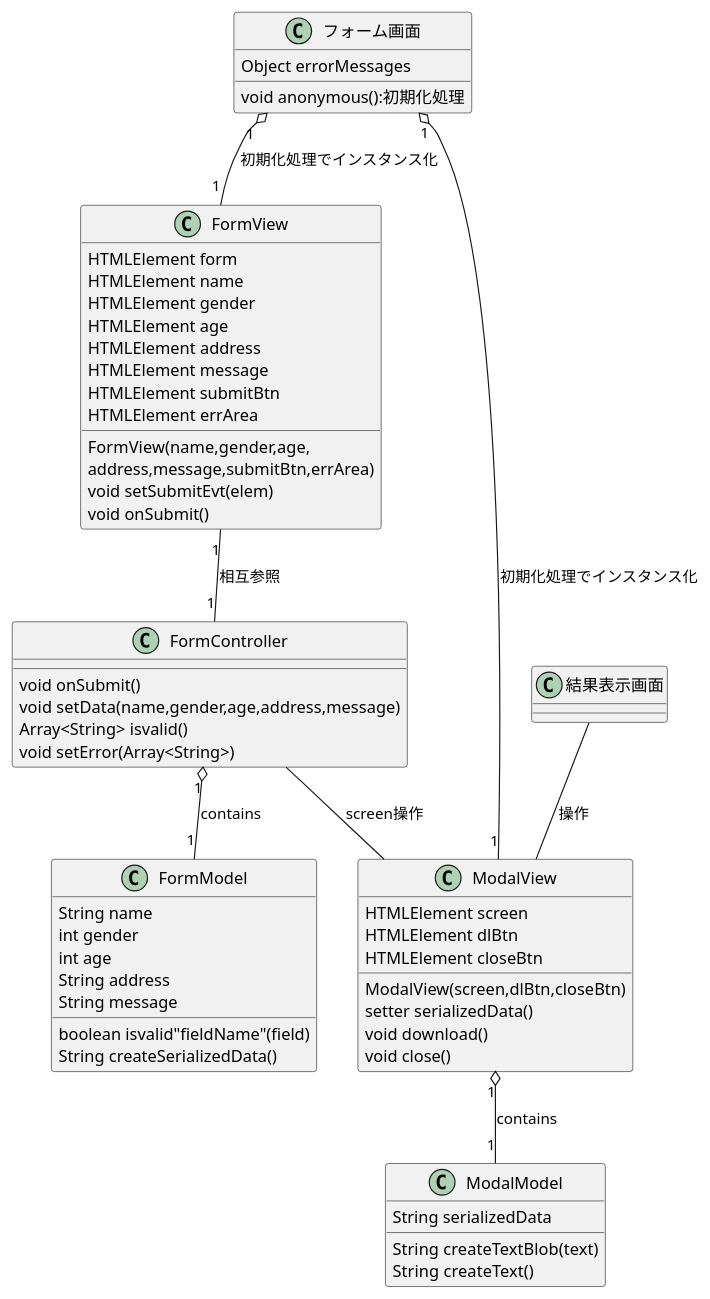
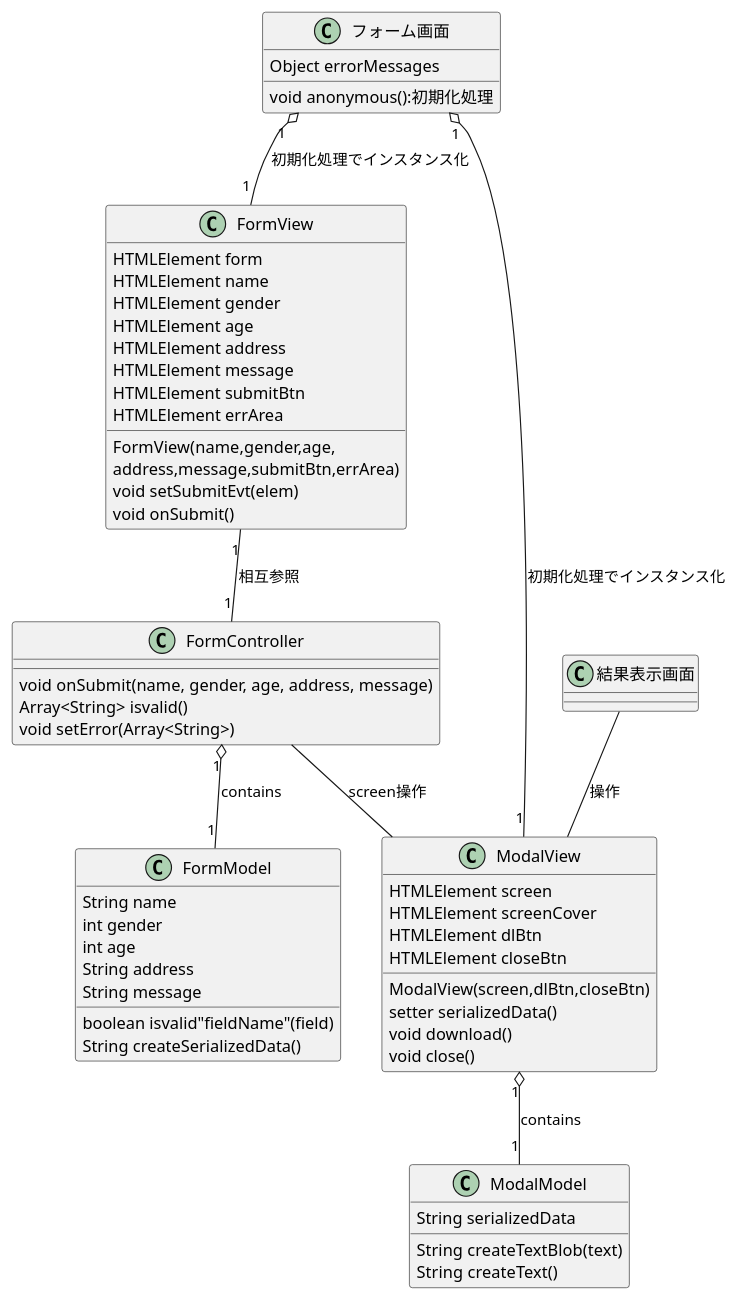
The diagram in docs/class/class.pu (dede-20191130/send-contact-form), drawn with PlantUML before and after one commit. The commit also changed 10 other files, not shown here.

```diff
--- a/docs/class/class.pu
+++ b/docs/class/class.pu
@@ -2,65 +2,66 @@
 @startuml class diagram
 class "フォーム画面" as fmSc{
     Object errorMessages
     void anonymous():初期化処理
 }
 class "FormView" as fv{
     HTMLElement form
     HTMLElement name
     HTMLElement gender
     HTMLElement age
     HTMLElement address
     HTMLElement message
     HTMLElement submitBtn
     HTMLElement errArea
     FormView(name,gender,age,\naddress,message,submitBtn,errArea)
     void setSubmitEvt(elem)
     void onSubmit()
 }
 class "FormController" as fc{
-    void onSubmit()
-    void setData(name,gender,age,address,message)
+
+    void onSubmit(name, gender, age, address, message)
     Array<String> isvalid()
     void setError(Array<String>)
 }
 class "FormModel" as fm{
     String name
     int gender
     int age
     String address
     String message
     boolean isvalid"fieldName"(field)
     String createSerializedData()
 }
 class "結果表示画面" as rsltSc{
 }
 class "ModalView" as mv{
     HTMLElement screen
+    HTMLElement screenCover
     HTMLElement dlBtn
     HTMLElement closeBtn
     ModalView(screen,dlBtn,closeBtn)
     setter serializedData()
     void download()
     void close()
 }
 class "ModalModel" as mm{
     String serializedData
     String createTextBlob(text)
     String createText()
 }
 
 fmSc "1" o-- "1" fv  : 初期化処理でインスタンス化
 fv "1" -- "1" fc  : 相互参照
 fc "1" o-- "1" fm  : contains
 
 ' fmSc  -  rsltSc : モーダル画面表示
 rsltSc  -- mv   : 操作
 fmSc "1" o-- "1" mv  : 初期化処理でインスタンス化
 fc  -- mv   : screen操作
 mv  "1" o-- "1" mm : contains
 
 
 
 
 
 @enduml
```
